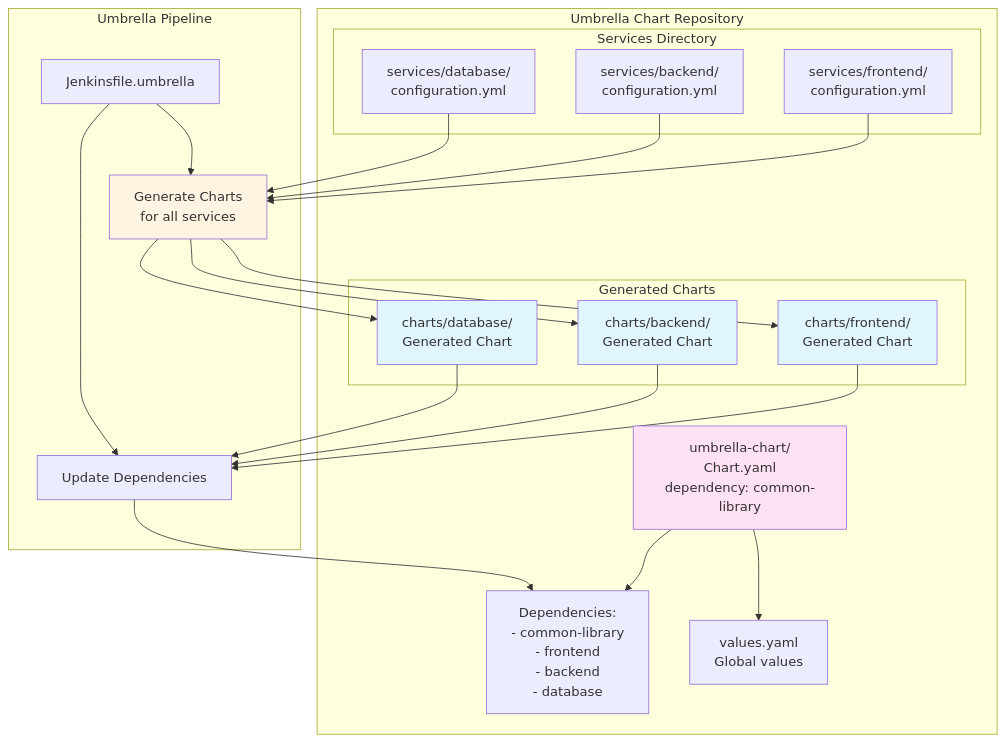
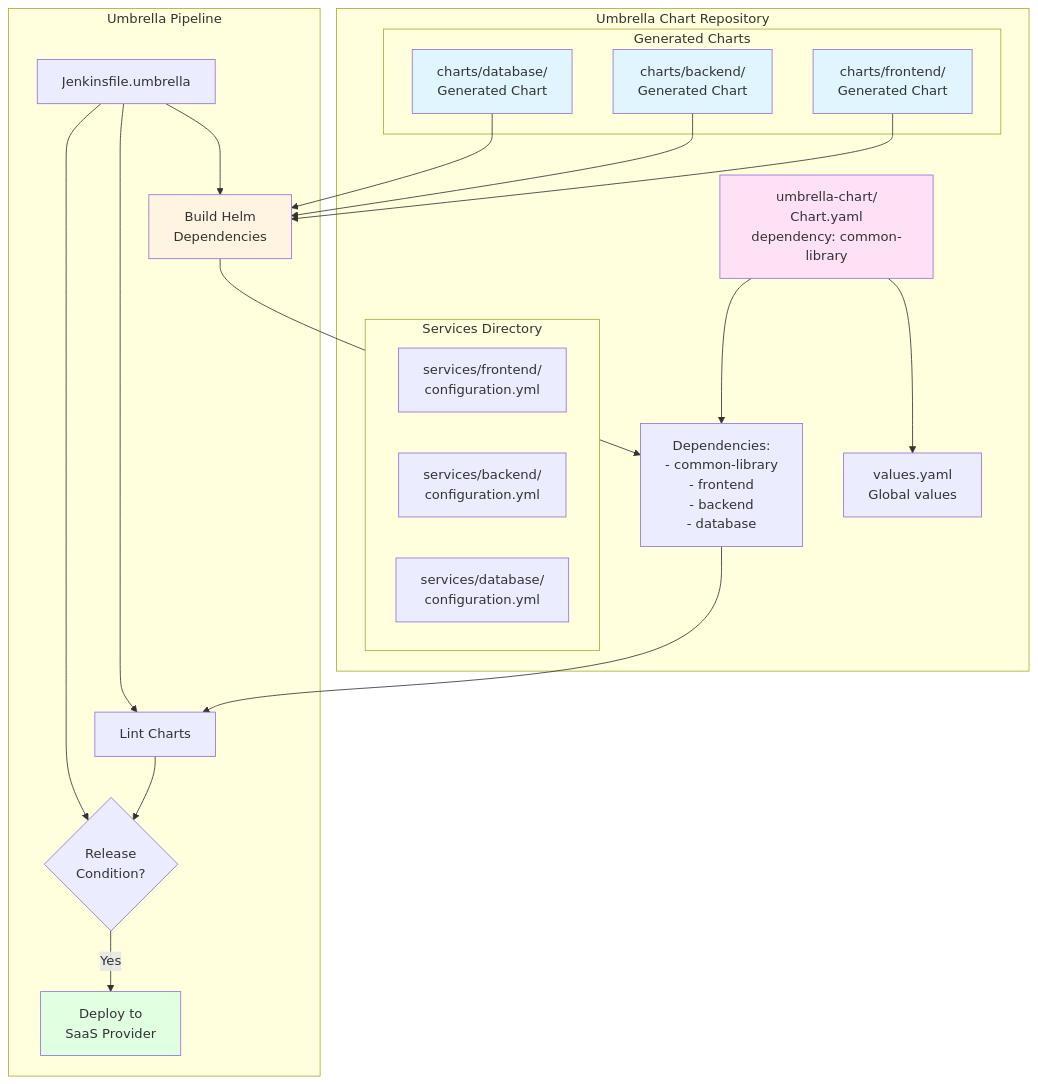
The seventh of 11 diagrams in ADR.md (caretak3r/helm-factory), drawn with Mermaid before and after one commit. The commit also changed other lines of this file, not shown here.

````diff
--- a/ADR.md
+++ b/ADR.md
@@ -644,49 +653,48 @@
 ```mermaid
 graph TB
     subgraph "Umbrella Chart Repository"
         UC[umbrella-chart/<br/>Chart.yaml<br/>dependency: common-library]
         UC --> DEPS[Dependencies:<br/>- common-library<br/>- frontend<br/>- backend<br/>- database]
         UC --> VALUES[values.yaml<br/>Global values]
         
         subgraph "Services Directory"
             FE_CFG[services/frontend/<br/>configuration.yml]
             BE_CFG[services/backend/<br/>configuration.yml]
             DB_CFG[services/database/<br/>configuration.yml]
         end
         
         subgraph "Generated Charts"
             FE_CHART[charts/frontend/<br/>Generated Chart]
             BE_CHART[charts/backend/<br/>Generated Chart]
             DB_CHART[charts/database/<br/>Generated Chart]
         end
     end
     
     subgraph "Umbrella Pipeline"
         PIPELINE[Jenkinsfile.umbrella]
-        GEN[Generate Charts<br/>for all services]
-        UPDATE[Update Dependencies]
+        BUILD_DEPS[Build Helm<br/>Dependencies]
+        LINT[Lint Charts]
+        CONDITION{Release<br/>Condition?}
+        DEPLOY[Deploy to<br/>SaaS Provider]
     end
     
-    FE_CFG --> GEN
-    BE_CFG --> GEN
-    DB_CFG --> GEN
+    FE_CHART --> BUILD_DEPS
+    BE_CHART --> BUILD_DEPS
+    DB_CHART --> BUILD_DEPS
     
-    GEN --> FE_CHART
-    GEN --> BE_CHART
-    GEN --> DB_CHART
+    BUILD_DEPS --> DEPS
+    DEPS --> LINT
+    LINT --> CONDITION
+    CONDITION -->|Yes| DEPLOY
     
-    FE_CHART --> UPDATE
-    BE_CHART --> UPDATE
-    DB_CHART --> UPDATE
-    
-    UPDATE --> DEPS
-    
-    PIPELINE --> GEN
-    PIPELINE --> UPDATE
+    PIPELINE --> BUILD_DEPS
+    PIPELINE --> LINT
+    PIPELINE --> CONDITION
     
     style UC fill:#ffe1f5
-    style GEN fill:#fff4e1
+    style BUILD_DEPS fill:#fff4e1
     style FE_CHART fill:#e1f5ff
     style BE_CHART fill:#e1f5ff
     style DB_CHART fill:#e1f5ff
+    style DEPLOY fill:#e1ffe1
 ```
````
